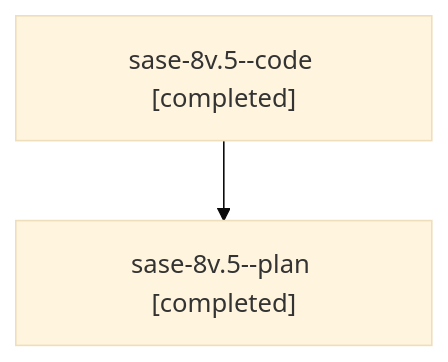
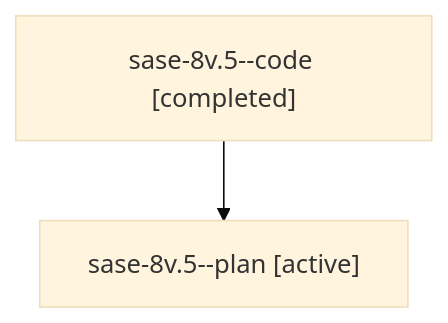
The diagram in families/bbugyi200.athena.sase-8v.5.md (sase-org/sase--agents), drawn with Mermaid (base theme) before and after one commit. The commit also changed other lines of this file and 8679 other files, not shown here.

````diff
--- a/families/bbugyi200.athena.sase-8v.5.md
+++ b/families/bbugyi200.athena.sase-8v.5.md
@@ -9,6 +9,6 @@
 ```mermaid
 flowchart TD
   n0["sase-8v.5--code [completed]"]
-  n1["sase-8v.5--plan [completed]"]
+  n1["sase-8v.5--plan [active]"]
   n0 --> n1
 ```
````
